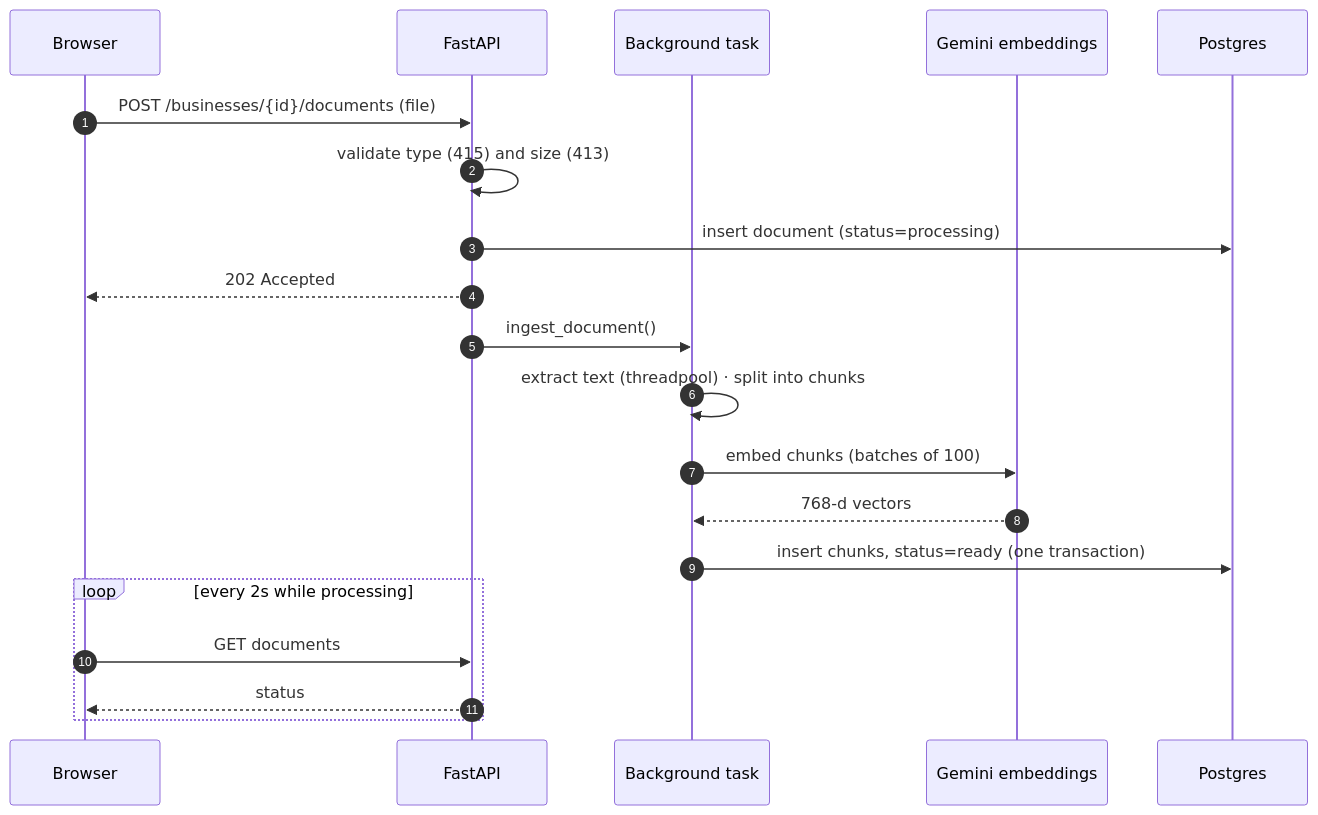
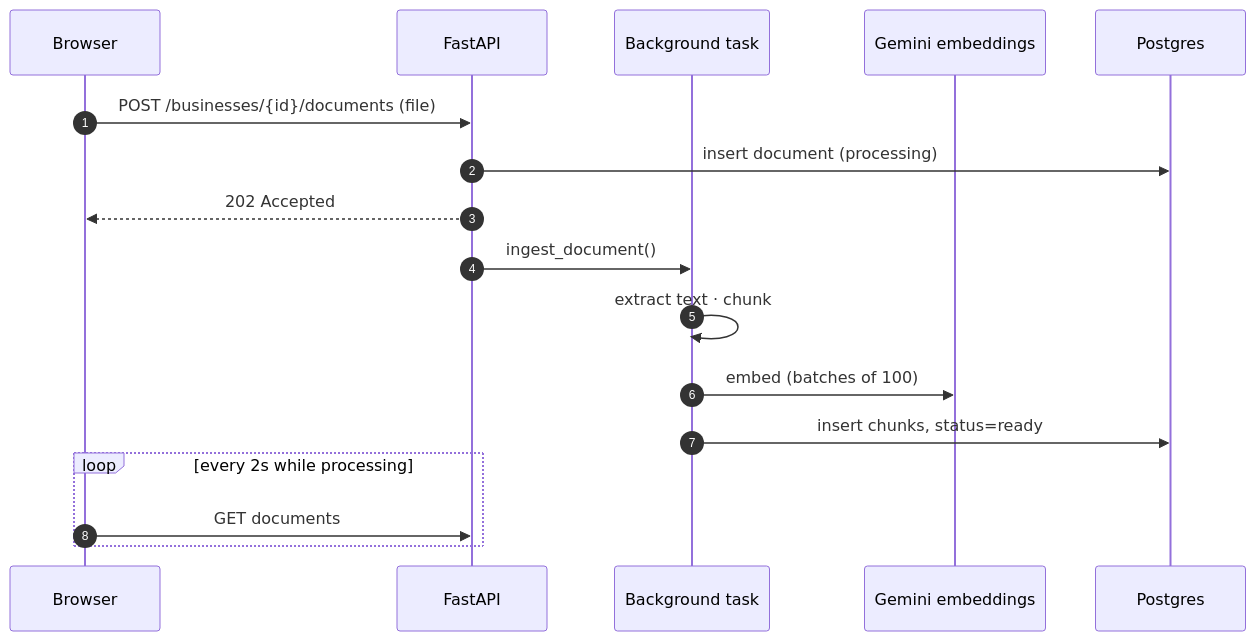
The seventh of 8 diagrams in docs/ARCHITECTURE.md (yash6388/voxdesk), drawn with Mermaid before and after one commit. The commit also changed other lines of this file and 50 other files, not shown here.

````diff
--- a/docs/ARCHITECTURE.md
+++ b/docs/ARCHITECTURE.md
@@ -188,23 +237,20 @@
 ```mermaid
 sequenceDiagram
     autonumber
     participant B as Browser
     participant A as FastAPI
     participant BG as Background task
     participant L as Gemini embeddings
     participant P as Postgres
 
     B->>A: POST /businesses/{id}/documents (file)
-    A->>A: validate type (415) and size (413)
-    A->>P: insert document (status=processing)
+    A->>P: insert document (processing)
     A-->>B: 202 Accepted
     A->>BG: ingest_document()
-    BG->>BG: extract text (threadpool) · split into chunks
-    BG->>L: embed chunks (batches of 100)
-    L-->>BG: 768-d vectors
-    BG->>P: insert chunks, status=ready (one transaction)
+    BG->>BG: extract text · chunk
+    BG->>L: embed (batches of 100)
+    BG->>P: insert chunks, status=ready
     loop every 2s while processing
         B->>A: GET documents
-        A-->>B: status
     end
 ```
````
